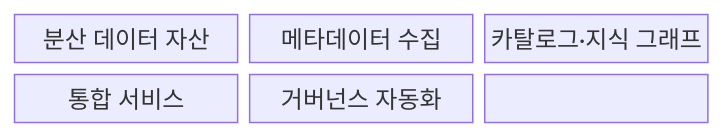
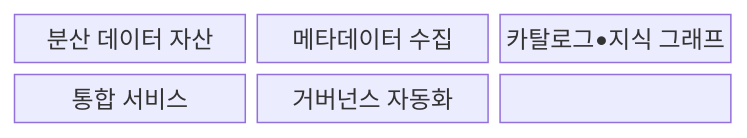
The first of 2 diagrams in src/content/docs/notes/08-latest-tech/194_data_fabric.md (agnusdei1207/knowledge-base), drawn with Mermaid before and after one commit. The commit also changed other lines of this file and 953 other files, not shown here.

````diff
--- a/src/content/docs/notes/08-latest-tech/194_data_fabric.md
+++ b/src/content/docs/notes/08-latest-tech/194_data_fabric.md
@@ -67,11 +67,11 @@
 ```mermaid
 block-beta
   columns 3
   N0["분산 데이터 자산"]
   N1["메타데이터 수집"]
-  N2["카탈로그·지식 그래프"]
+  N2["카탈로그•지식 그래프"]
   N3["통합 서비스"]
   N4["거버넌스 자동화"]
   N0 --- N1 --- N2
   N2 --- N3 --- N4
 ```
````
